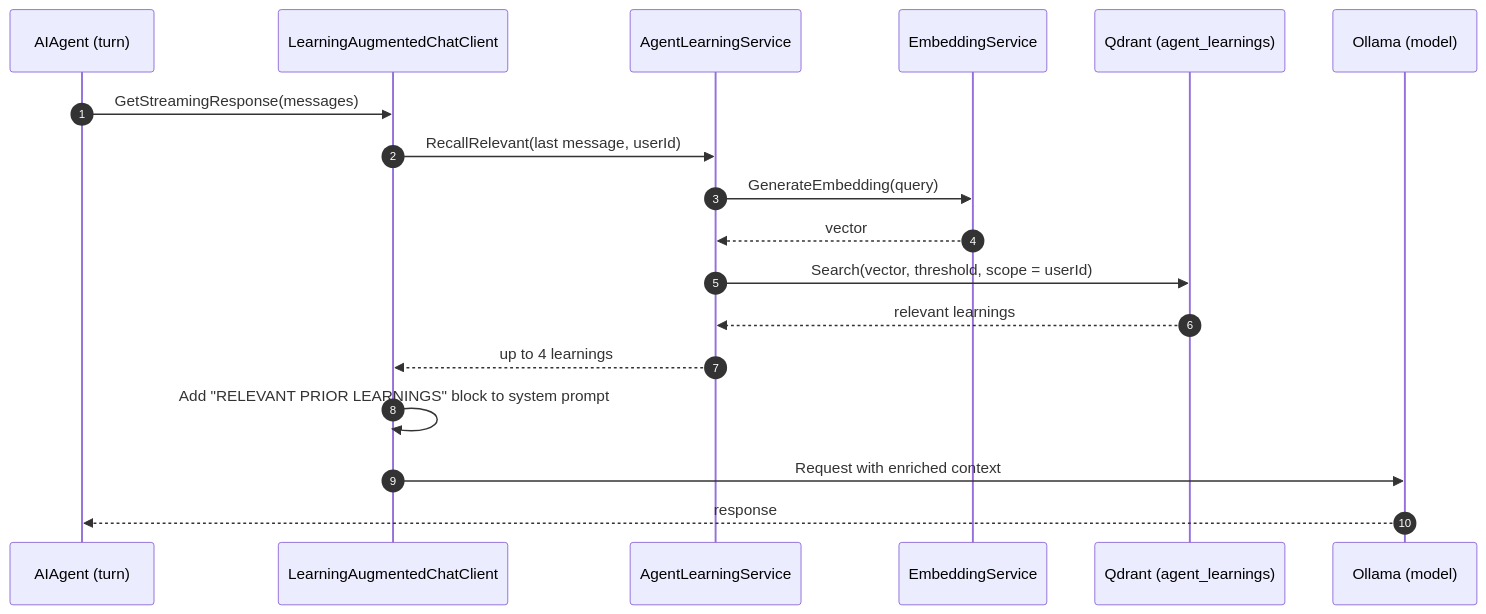
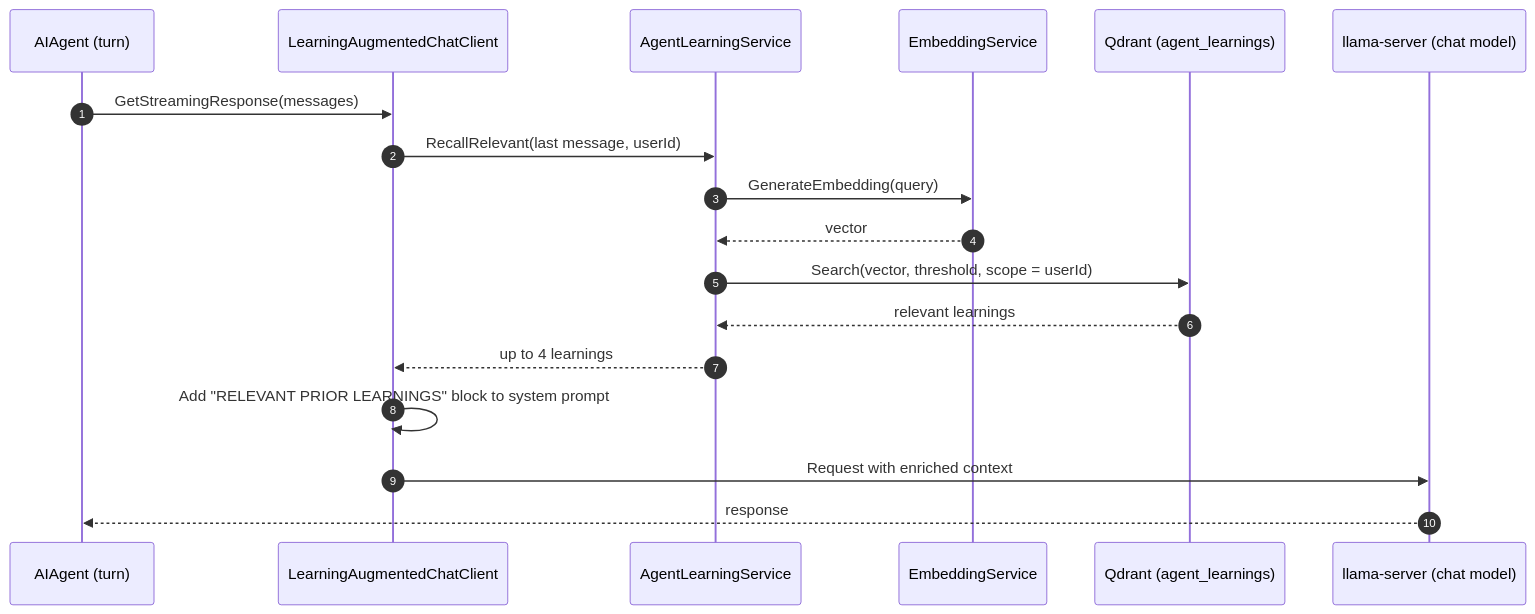
One commit to mihailshterev/sentium changed the diagram in docs/diagrams/rag-3-knowledge-recall.md. Above: the diagram before and after it, drawn with Mermaid. The commit also changed 108 other files, not shown here.

````diff
--- a/docs/diagrams/rag-3-knowledge-recall.md
+++ b/docs/diagrams/rag-3-knowledge-recall.md
@@ -1,21 +1,21 @@
 ```mermaid
 sequenceDiagram
     autonumber
     participant AG as AIAgent (turn)
     participant LA as LearningAugmentedChatClient
     participant LS as AgentLearningService
     participant EM as EmbeddingService
     participant Q as Qdrant (agent_learnings)
-    participant LLM as Ollama (model)
+    participant LLM as llama-server (chat model)
 
     AG->>LA: GetStreamingResponse(messages)
     LA->>LS: RecallRelevant(last message, userId)
     LS->>EM: GenerateEmbedding(query)
     EM-->>LS: vector
     LS->>Q: Search(vector, threshold, scope = userId)
     Q-->>LS: relevant learnings
     LS-->>LA: up to 4 learnings
     LA->>LA: Add "RELEVANT PRIOR LEARNINGS" block to system prompt
     LA->>LLM: Request with enriched context
     LLM-->>AG: response
 ```
````
